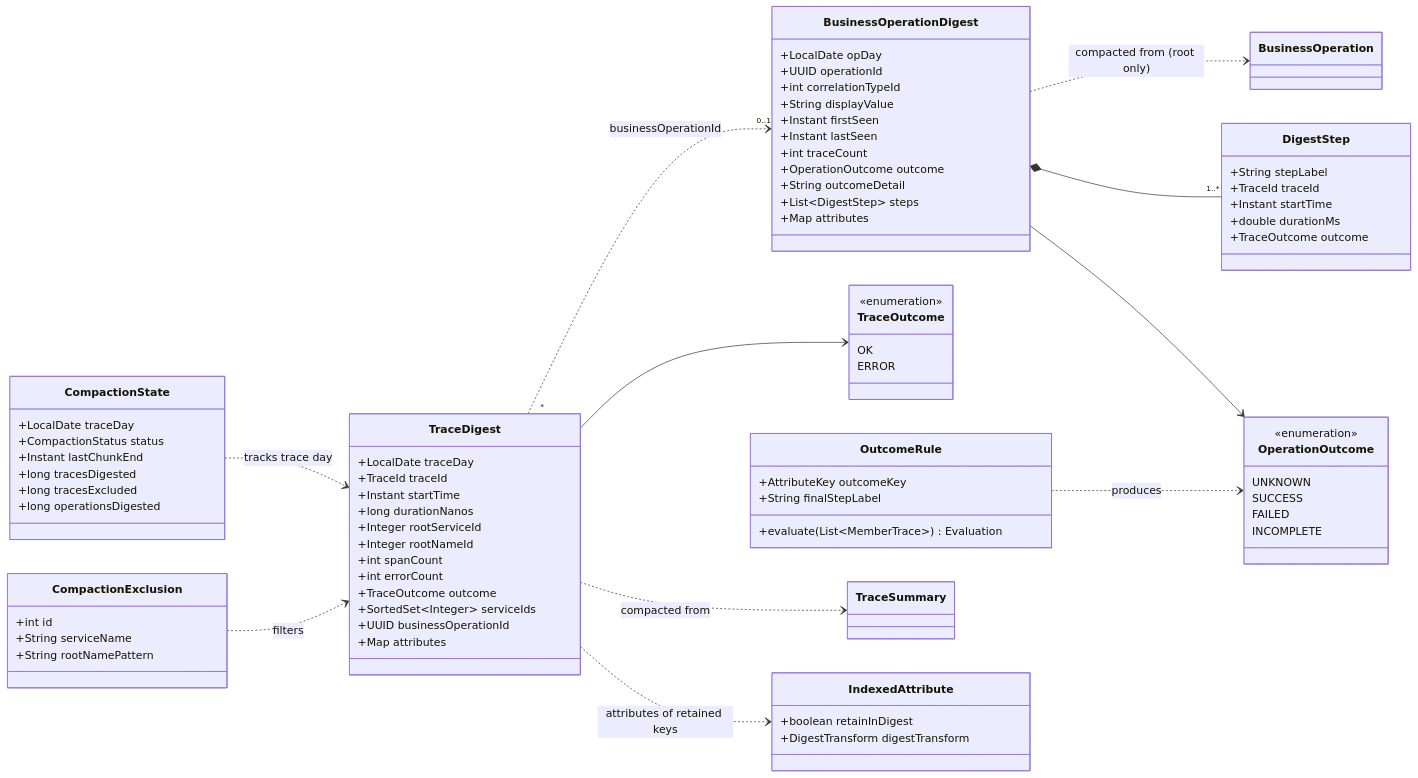
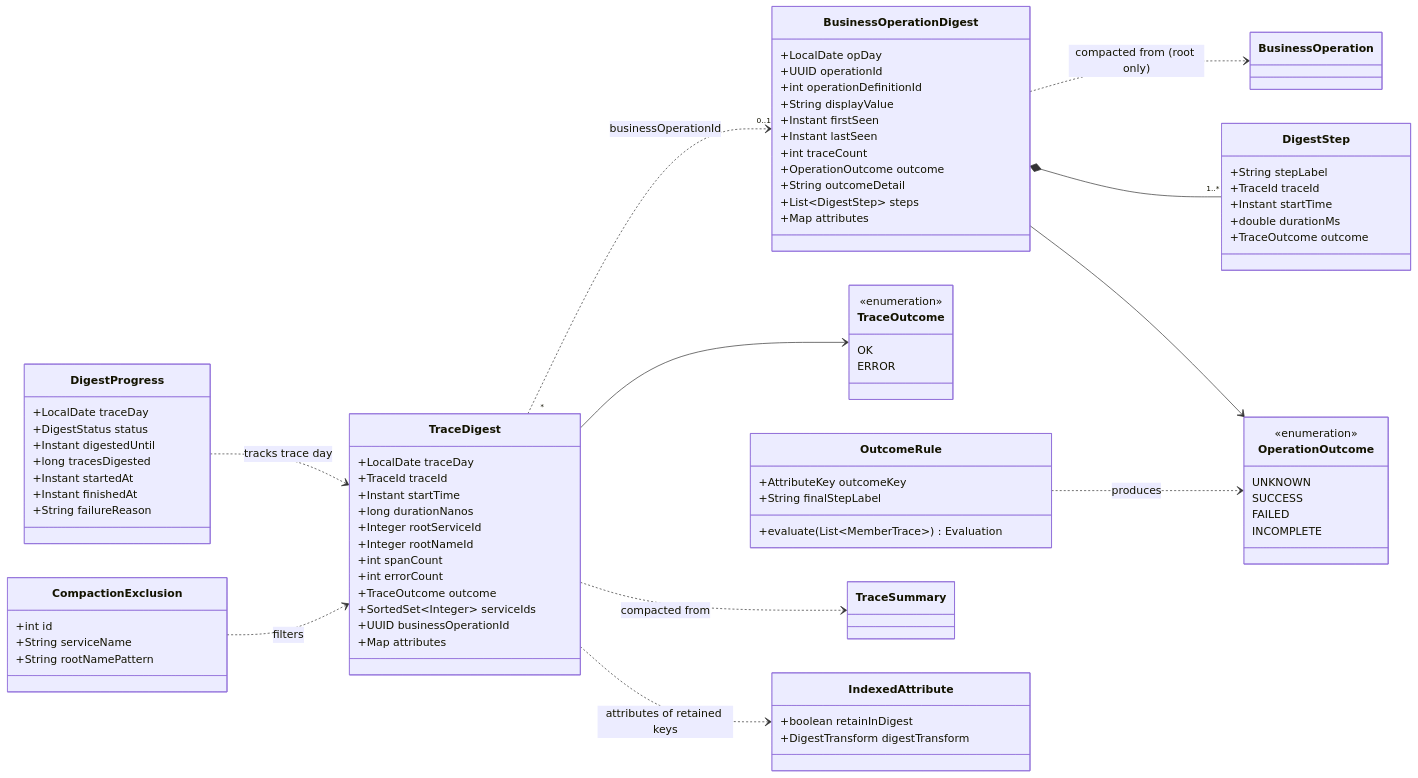
Before and after one commit to aasmc/tracing-system: the ninth of 9 diagrams in agent/05-domain-model.md, drawn with Mermaid. The commit also changed other lines of this file and 122 other files, not shown here.

````diff
--- a/agent/05-domain-model.md
+++ b/agent/05-domain-model.md
@@ -2200,7 +2089,7 @@
     class BusinessOperationDigest {
         +LocalDate opDay
         +UUID operationId
-        +int correlationTypeId
+        +int operationDefinitionId
         +String displayValue
         +Instant firstSeen
         +Instant lastSeen
@@ -2229,13 +2118,14 @@
         FAILED
         INCOMPLETE
     }
-    class CompactionState {
+    class DigestProgress {
         +LocalDate traceDay
-        +CompactionStatus status
-        +Instant lastChunkEnd
+        +DigestStatus status
+        +Instant digestedUntil
         +long tracesDigested
-        +long tracesExcluded
-        +long operationsDigested
+        +Instant startedAt
+        +Instant finishedAt
+        +String failureReason
     }
     class CompactionExclusion {
         +int id
@@ -2261,6 +2151,6 @@
     BusinessOperationDigest *-- "1..*" DigestStep
     BusinessOperationDigest --> OperationOutcome
     OutcomeRule ..> OperationOutcome : produces
-    CompactionState ..> TraceDigest : tracks trace day
+    DigestProgress ..> TraceDigest : tracks trace day
     CompactionExclusion ..> TraceDigest : filters
 ```
````
